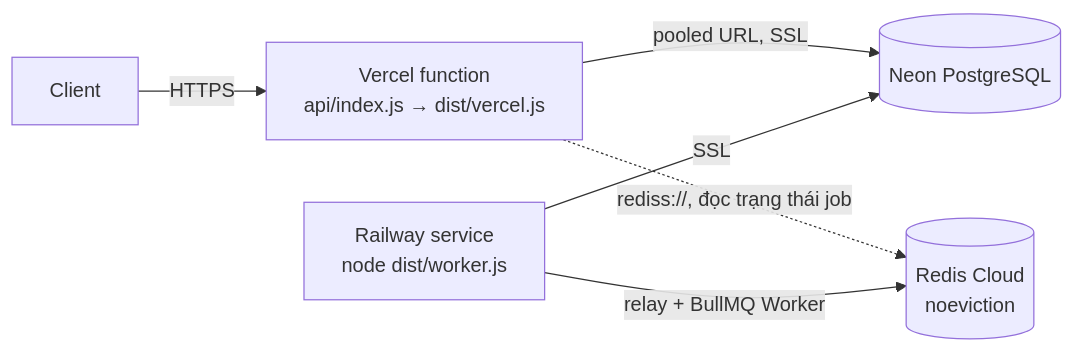
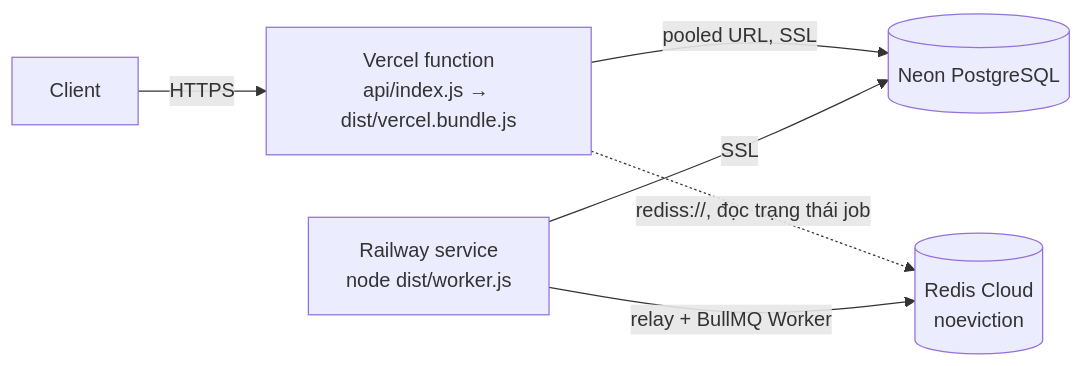
The third of 3 diagrams in README.md (hcmus-phat/hemidi-test), drawn with Mermaid before and after one commit. The commit also changed other lines of this file and 10 other files, not shown here.

````diff
--- a/README.md
+++ b/README.md
@@ -274,8 +274,8 @@
 ```mermaid
 flowchart LR
-  U["Client"] -->|HTTPS| V["Vercel function<br/>api/index.js → dist/vercel.js"]
+  U["Client"] -->|HTTPS| V["Vercel function<br/>api/index.js → dist/vercel.bundle.js"]
   V -->|"pooled URL, SSL"| N[("Neon PostgreSQL")]
   V -.->|"rediss://, đọc trạng thái job"| RC[("Redis Cloud<br/>noeviction")]
   W["Railway service<br/>node dist/worker.js"] -->|"relay + BullMQ Worker"| RC
   W -->|SSL| N
 ```
````
